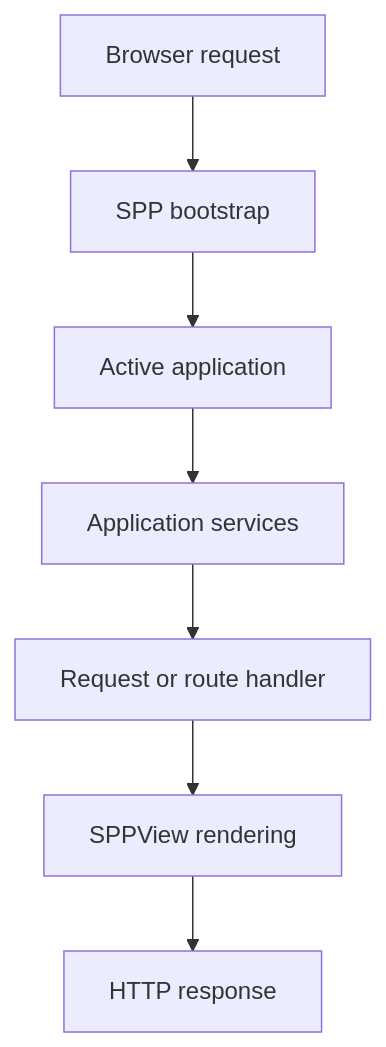
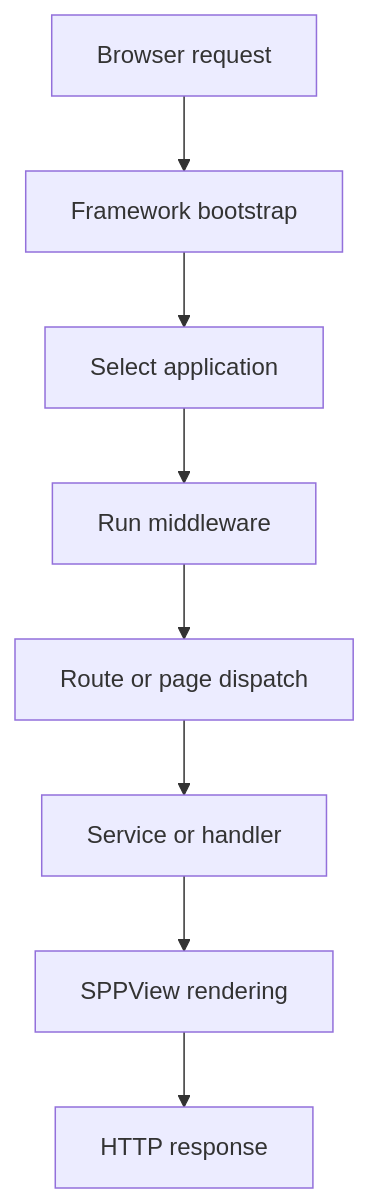
Before and after one commit to shuklasp/spp: the fifth of 7 diagrams in documentation/handbook/13-request-lifecycle.md, drawn with Mermaid. The commit also changed other lines of this file, not shown here.

````diff
--- a/documentation/handbook/13-request-lifecycle.md
+++ b/documentation/handbook/13-request-lifecycle.md
@@ -226,9 +398,10 @@
 ```mermaid
 flowchart TD
-    A[Browser request] --> B[SPP bootstrap]
-    B --> C[Active application]
-    C --> D[Application services]
-    D --> E[Request or route handler]
-    E --> F[SPPView rendering]
-    F --> G[HTTP response]
+    A[Browser request] --> B[Framework bootstrap]
+    B --> C[Select application]
+    C --> D[Run middleware]
+    D --> E[Route or page dispatch]
+    E --> F[Service or handler]
+    F --> G[SPPView rendering]
+    G --> H[HTTP response]
 ```
````
